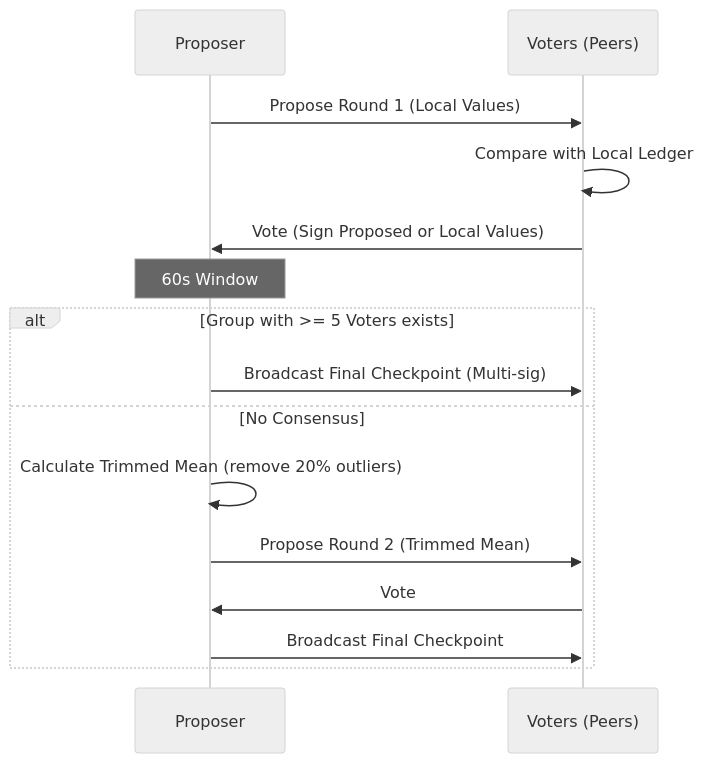
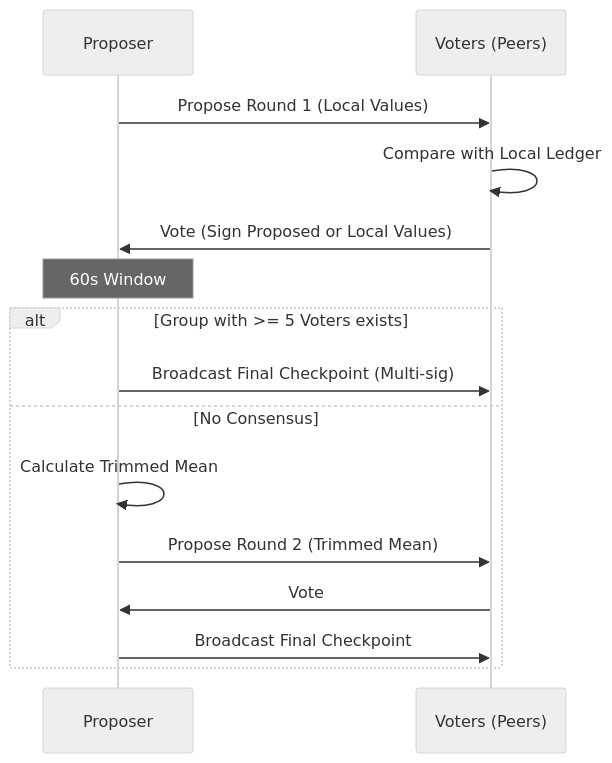
The diagram in docs/src/content/docs/spec/checkpoints.md (eljojo/nara), drawn with Mermaid (neutral theme) before and after one commit. The commit also changed other lines of this file and 33 other files, not shown here.

````diff
--- a/docs/src/content/docs/spec/checkpoints.md
+++ b/docs/src/content/docs/spec/checkpoints.md
@@ -84,17 +62,17 @@
 ```mermaid
 sequenceDiagram
     participant P as Proposer
     participant V as Voters (Peers)
     P->>V: Propose Round 1 (Local Values)
     V->>V: Compare with Local Ledger
     V->>P: Vote (Sign Proposed or Local Values)
     Note over P: 60s Window
     alt Group with >= 5 Voters exists
         P->>V: Broadcast Final Checkpoint (Multi-sig)
     else No Consensus
-        P->>P: Calculate Trimmed Mean (remove 20% outliers)
+        P->>P: Calculate Trimmed Mean
         P->>V: Propose Round 2 (Trimmed Mean)
         V->>P: Vote
         P->>V: Broadcast Final Checkpoint
     end
 ```
````
